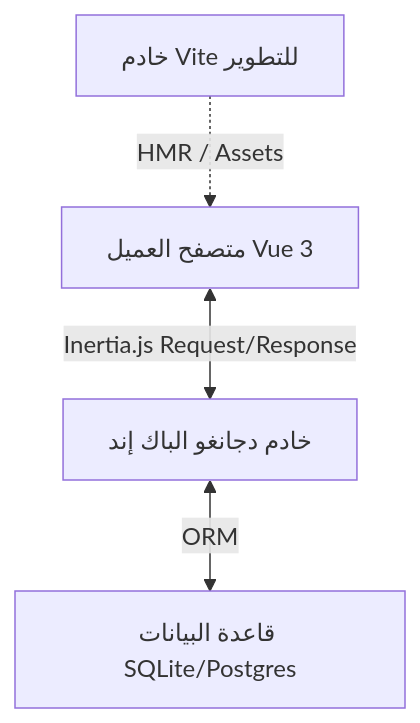
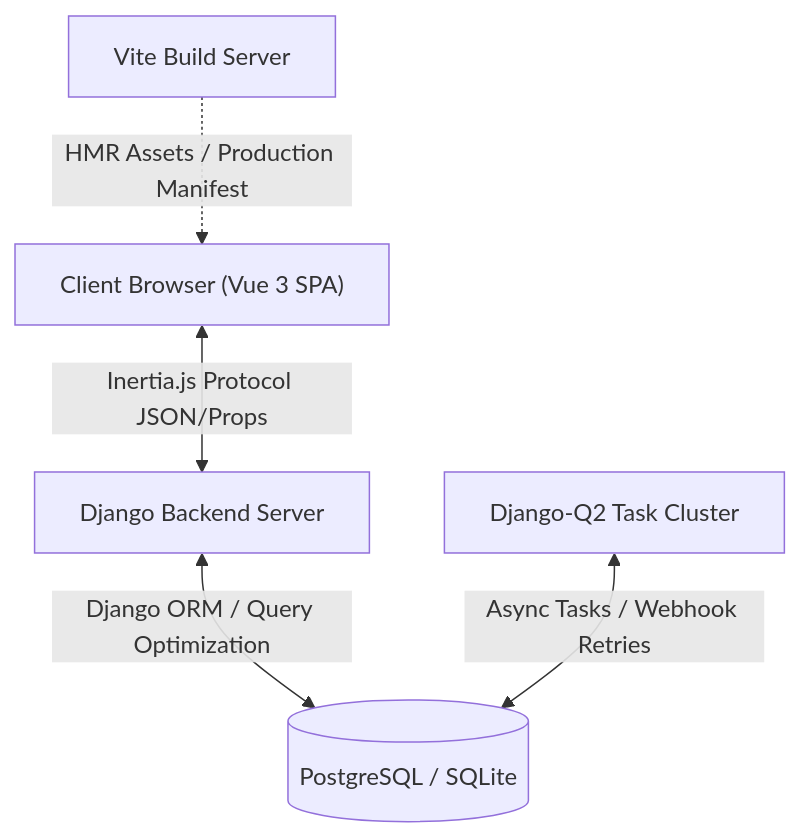
The first of 2 diagrams in TECHNICAL_DOC.md (mostafa891/auraStack), drawn with Mermaid before and after one commit. The commit also changed other lines of this file and 10527 other files, not shown here.

````diff
--- a/TECHNICAL_DOC.md
+++ b/TECHNICAL_DOC.md
@@ -11,6 +11,7 @@
 ```mermaid
 graph TD
-    Browser[متصفح العميل Vue 3] <-->|Inertia.js Request/Response| Django[خادم دجانغو الباك إند]
-    Django <-->|ORM| SQLite[قاعدة البيانات SQLite/Postgres]
-    Vite[خادم Vite للتطوير] -.->|HMR / Assets| Browser
+    Browser["Client Browser (Vue 3 SPA)"] <-->|Inertia.js Protocol JSON/Props| Django["Django Backend Server"]
+    Django <-->|Django ORM / Query Optimization| Database[("PostgreSQL / SQLite")]
+    Vite["Vite Build Server"] -.->|HMR Assets / Production Manifest| Browser
+    Worker["Django-Q2 Task Cluster"] <-->|Async Tasks / Webhook Retries| Database
 ```
````
